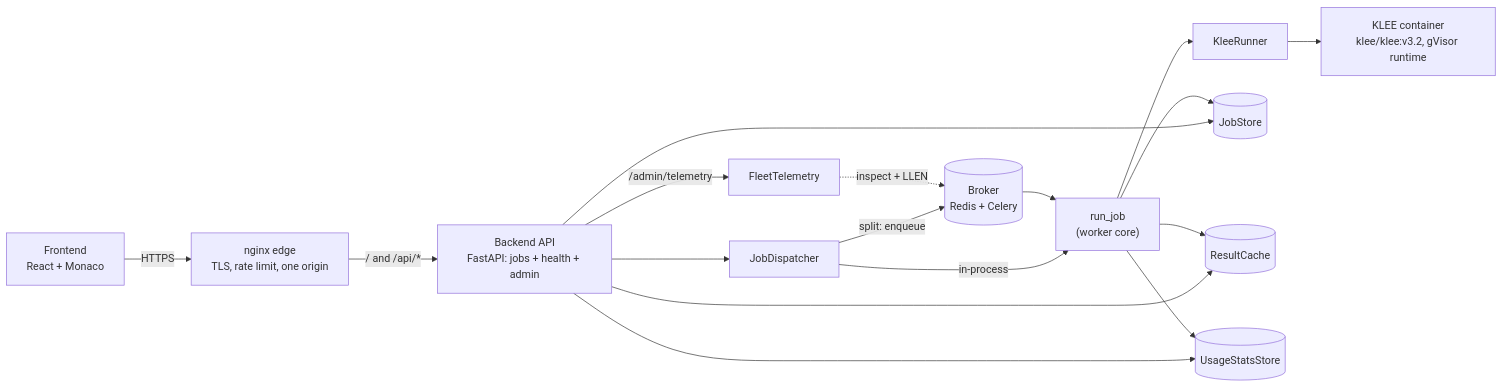
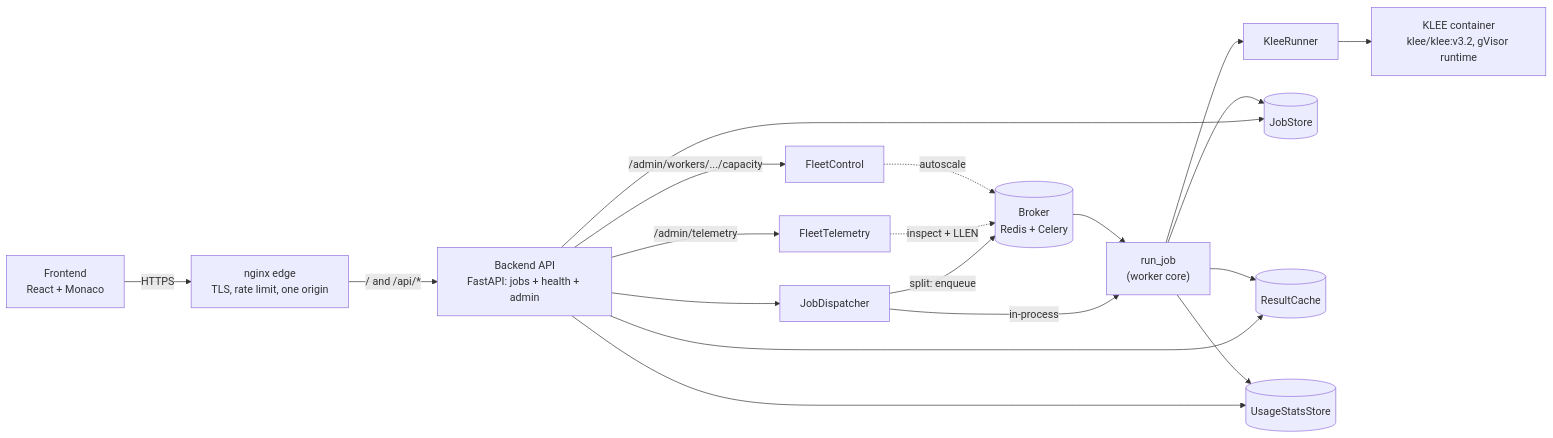
The first of 2 diagrams in docs/architecture.md (FinnLeh/klee-web), drawn with Mermaid before and after one commit. The commit also changed other lines of this file and 1 other file, not shown here.

Commit message:
docs: document worker capacity management

````diff
--- a/docs/architecture.md
+++ b/docs/architecture.md
@@ -9,32 +9,35 @@
 ```mermaid
 flowchart LR
     FE["Frontend<br/>React + Monaco"]
     EDGE["nginx edge<br/>TLS, rate limit, one origin"]
     API["Backend API<br/>FastAPI: jobs + health + admin"]
     DISP["JobDispatcher"]
     W["run_job<br/>(worker core)"]
     RUN["KleeRunner"]
     C["KLEE container<br/>klee/klee:v3.2, gVisor runtime"]
     STORE[("JobStore")]
     CACHE[("ResultCache")]
     USAGE[("UsageStatsStore")]
     TEL["FleetTelemetry"]
+    CTRL["FleetControl"]
     BROKER[("Broker<br/>Redis + Celery")]
 
     FE -->|"HTTPS"| EDGE
     EDGE -->|"/ and /api/*"| API
     API --> CACHE
     API --> STORE
     API --> USAGE
     API --> DISP
     API -->|"/admin/telemetry"| TEL
+    API -->|"/admin/workers/.../capacity"| CTRL
     DISP -->|"in-process"| W
     DISP -->|"split: enqueue"| BROKER
     BROKER --> W
     TEL -.->|"inspect + LLEN"| BROKER
+    CTRL -.->|"autoscale"| BROKER
     W --> RUN
     RUN --> C
     W --> STORE
     W --> CACHE
     W --> USAGE
 ```
````
